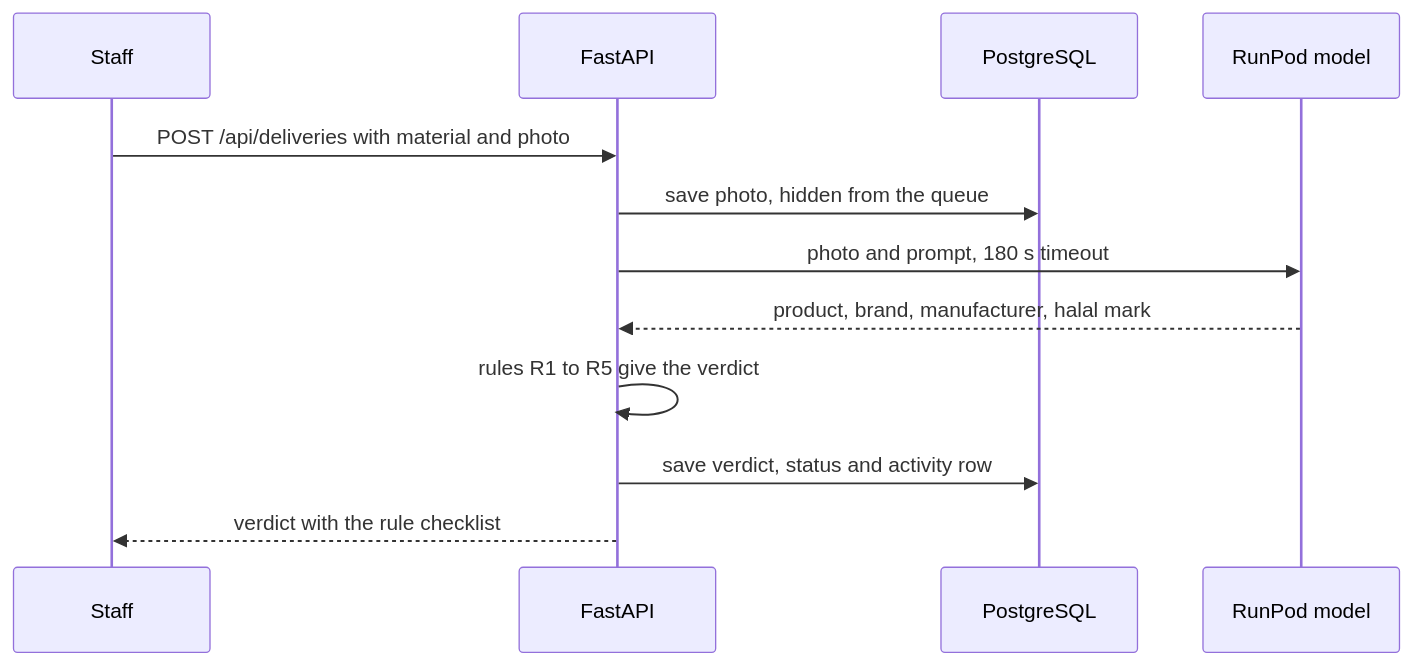
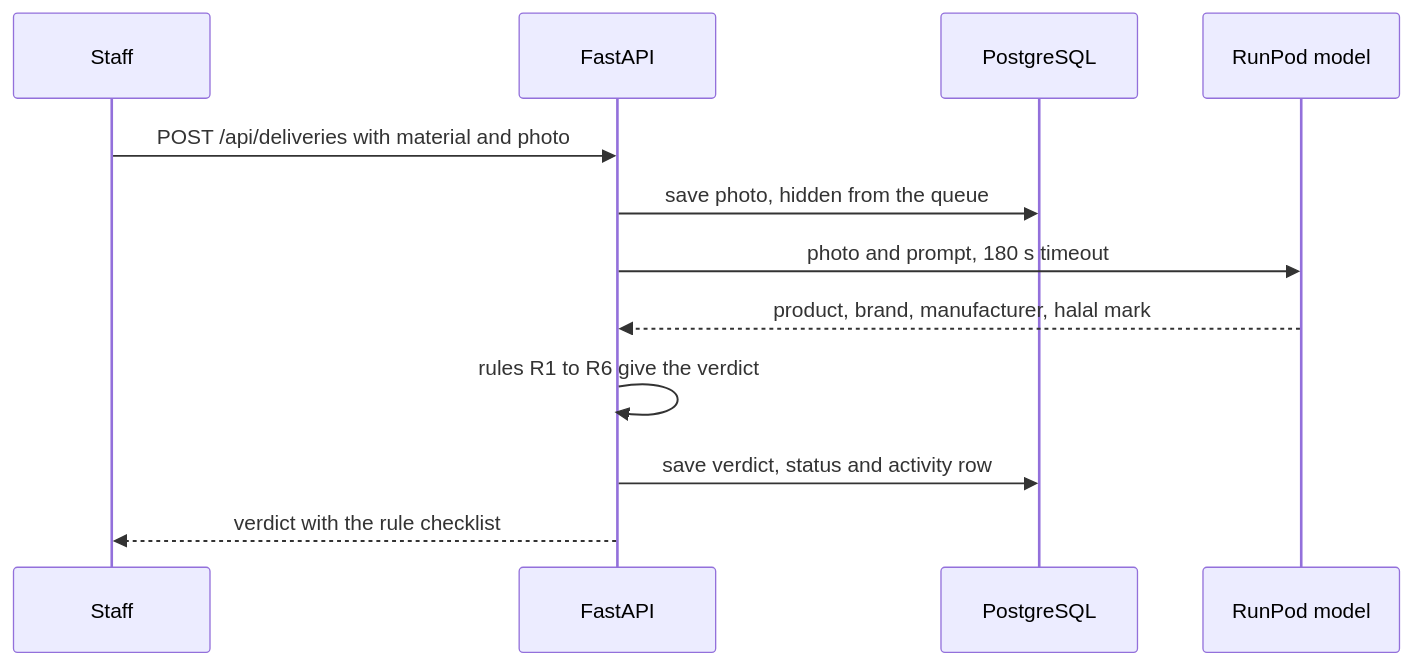
Before and after one commit to deettoh/halal-supplier-control: the second of 2 diagrams in docs/architecture.md, drawn with Mermaid. The commit also changed other lines of this file and 9 other files, not shown here.

````diff
--- a/docs/architecture.md
+++ b/docs/architecture.md
@@ -44,14 +45,14 @@
 ```mermaid
 sequenceDiagram
     participant S as Staff
     participant A as FastAPI
     participant D as PostgreSQL
     participant M as RunPod model
     S->>A: POST /api/deliveries with material and photo
     A->>D: save photo, hidden from the queue
     A->>M: photo and prompt, 180 s timeout
     M-->>A: product, brand, manufacturer, halal mark
-    A->>A: rules R1 to R5 give the verdict
+    A->>A: rules R1 to R6 give the verdict
     A->>D: save verdict, status and activity row
     A-->>S: verdict with the rule checklist
 ```
````
